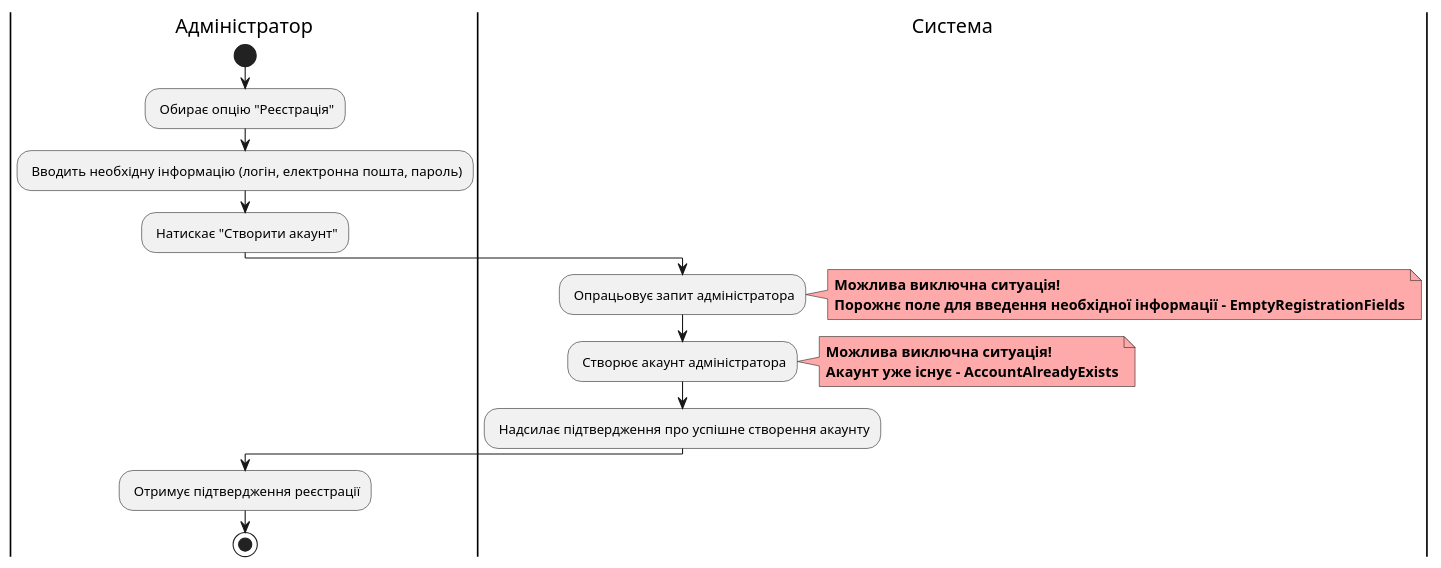
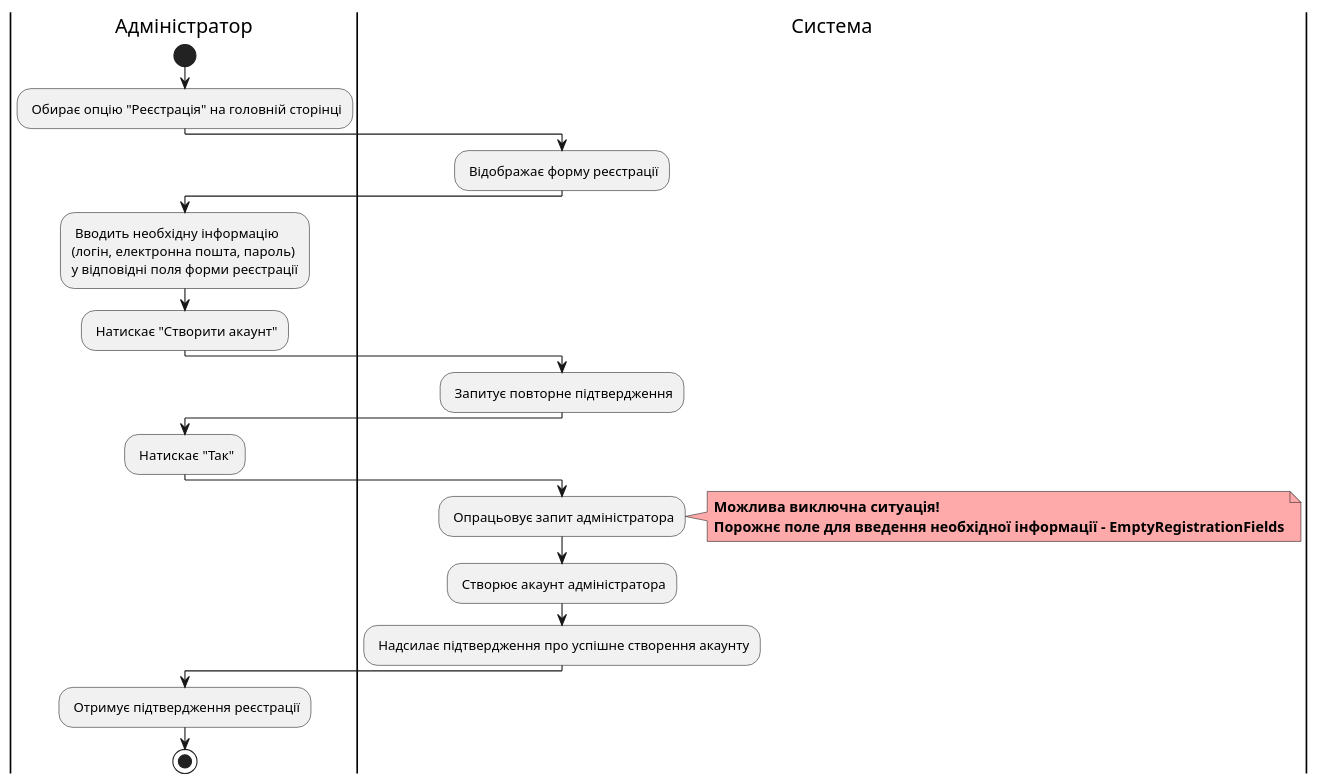
One commit to watashone/db-labs changed diagram 17 of 19 in docs/use cases/README.md. Above: the diagram before and after it, drawn with PlantUML. The commit also changed other lines of this file, not shown here.

```diff
--- a/docs/use cases/README.md
+++ b/docs/use cases/README.md
@@ -552,24 +601,27 @@
 @startuml
 
     |Адміністратор|
         start
-        : Обирає опцію "Реєстрація";
-        : Вводить необхідну інформацію (логін, електронна пошта, пароль);
+        : Обирає опцію "Реєстрація" на головній сторінці;
+    |Система|
+        : Відображає форму реєстрації;
+    |Адміністратор|
+        : Вводить необхідну інформацію \n(логін, електронна пошта, пароль) \nу відповідні поля форми реєстрації;
         : Натискає "Створити акаунт";
+    |Система|
+        : Запитує повторне підтвердження;
+    |Адміністратор|
+        : Натискає "Так";
     |Система|
         : Опрацьовує запит адміністратора;
         note right #ffaaaa
         <b>Можлива виключна ситуація!
         <b>Порожнє поле для введення необхідної інформації - EmptyRegistrationFields
         end note
         : Створює акаунт адміністратора;
-        note right #ffaaaa
-        <b>Можлива виключна ситуація!
-        <b>Акаунт уже існує - AccountAlreadyExists
-        end note
         : Надсилає підтвердження про успішне створення акаунту;
     |Адміністратор|
         : Отримує підтвердження реєстрації;
         stop;
         
 @enduml
```
